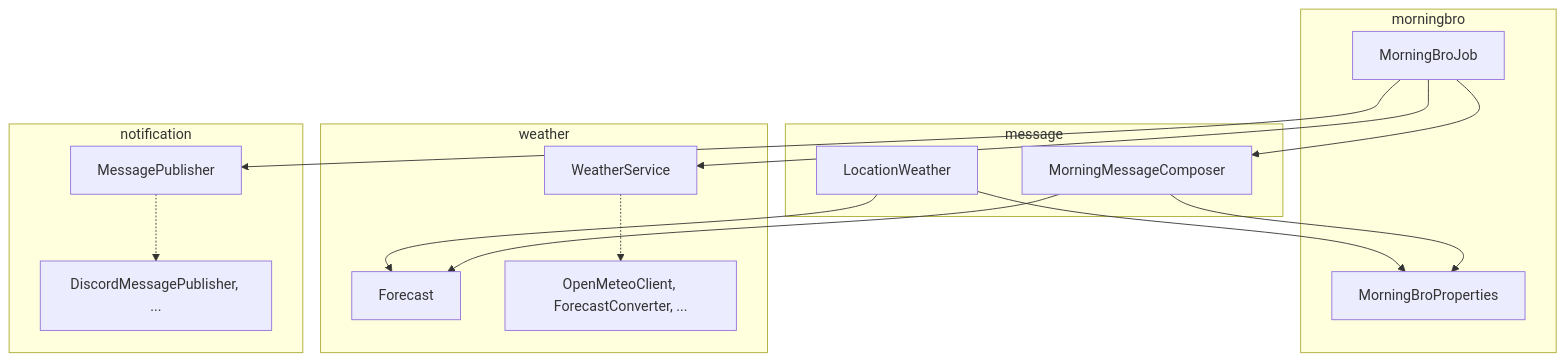
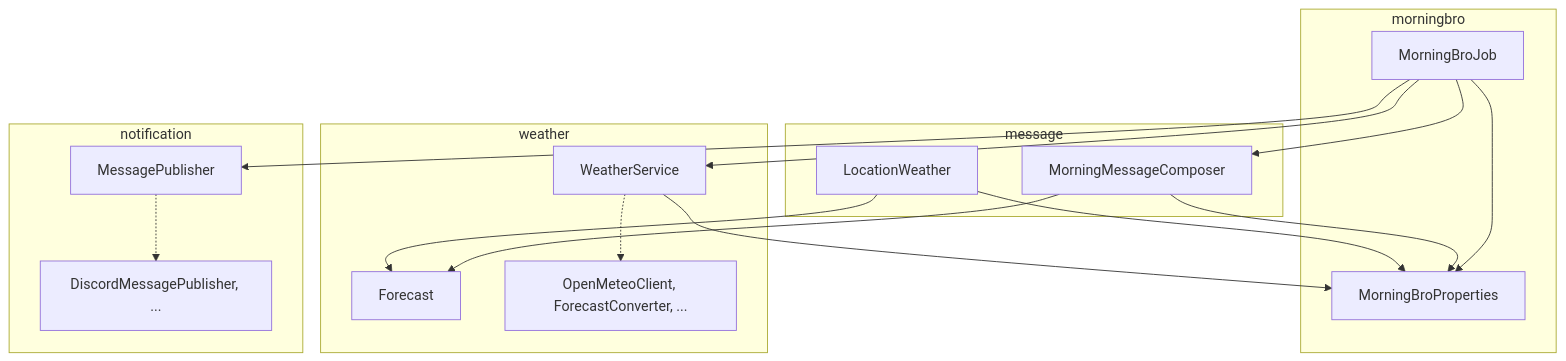
The second of 3 diagrams in docs/architecture.md (lefpap/morning-bro), drawn with Mermaid before and after one commit. The commit also changed other lines of this file and 2 other files, not shown here.

````diff
--- a/docs/architecture.md
+++ b/docs/architecture.md
@@ -30,27 +30,29 @@
 ```mermaid
 flowchart TB
     subgraph root["morningbro"]
         Job["MorningBroJob"]
         Props["MorningBroProperties"]
     end
     subgraph weather["weather"]
         WS["WeatherService"]
         FC["Forecast"]
         WS -.-> OMC["OpenMeteoClient, ForecastConverter, ..."]
     end
     subgraph message["message"]
         MC["MorningMessageComposer"]
         LW["LocationWeather"]
     end
     subgraph notification["notification"]
         MP["MessagePublisher"]
         MP -.-> DMP["DiscordMessagePublisher, ..."]
     end
     Job --> WS
     Job --> MC
     Job --> MP
+    WS --> Props
+    Job --> Props
     MC --> FC
     LW --> FC
     MC --> Props
     LW --> Props
 ```
````
